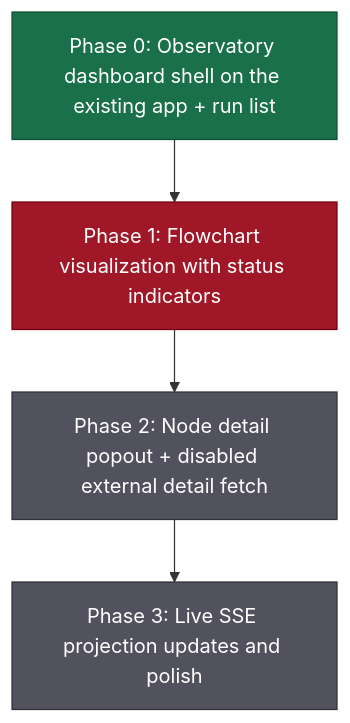
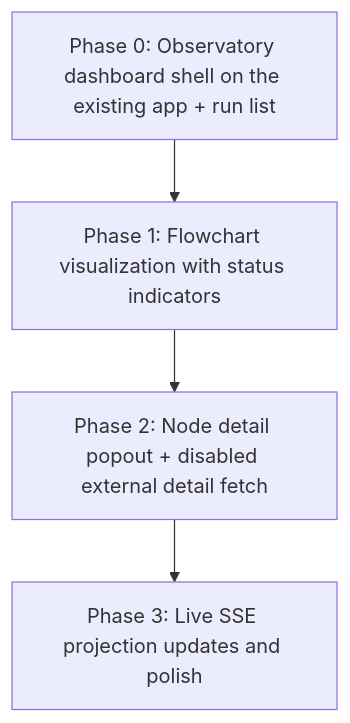
Before and after one commit to JakoMenkveld/jako-agents: the first of 2 diagrams in plan-renderer/sample/implementation-plan.md, drawn with Mermaid. The commit also changed 5 other files, not shown here.

Commit message:
Drive plan-renderer flowchart node colours from the active palette

````diff
--- a/plan-renderer/sample/implementation-plan.md
+++ b/plan-renderer/sample/implementation-plan.md
@@ -6,14 +6,11 @@
 ```mermaid
 flowchart TD
     P0["Phase 0: Observatory dashboard shell on the existing app + run list"] --> P1["Phase 1: Flowchart visualization with status indicators"]
     P1 --> P2["Phase 2: Node detail popout + disabled external detail fetch"]
     P2 --> P3["Phase 3: Live SSE projection updates and polish"]
 
-    classDef done fill:#1A7048,stroke:#0E5030,color:#FFFFFF
-    classDef current fill:#A01828,stroke:#700010,color:#FFFFFF
-    classDef pending fill:#52525E,stroke:#303038,color:#FFFFFF
     class P0 done
     class P1 current
     class P2 pending
     class P3 pending
 ```
````
